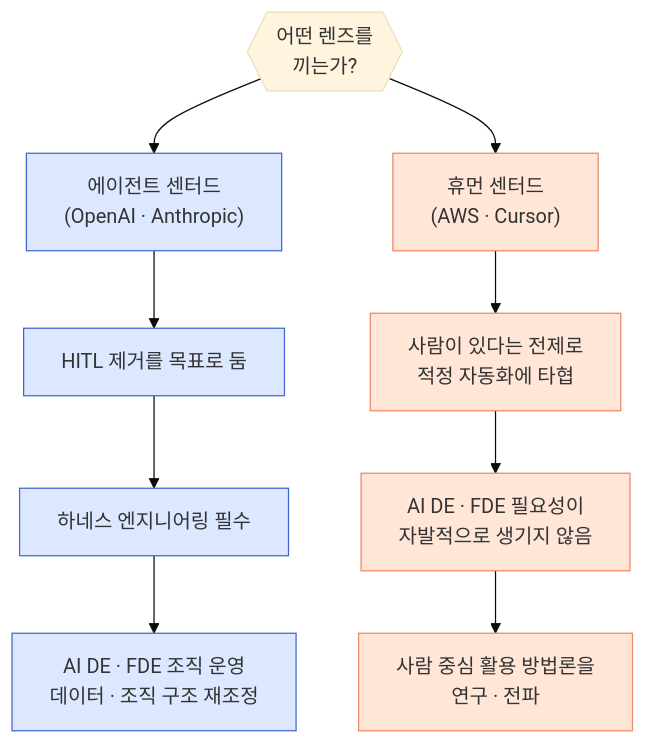
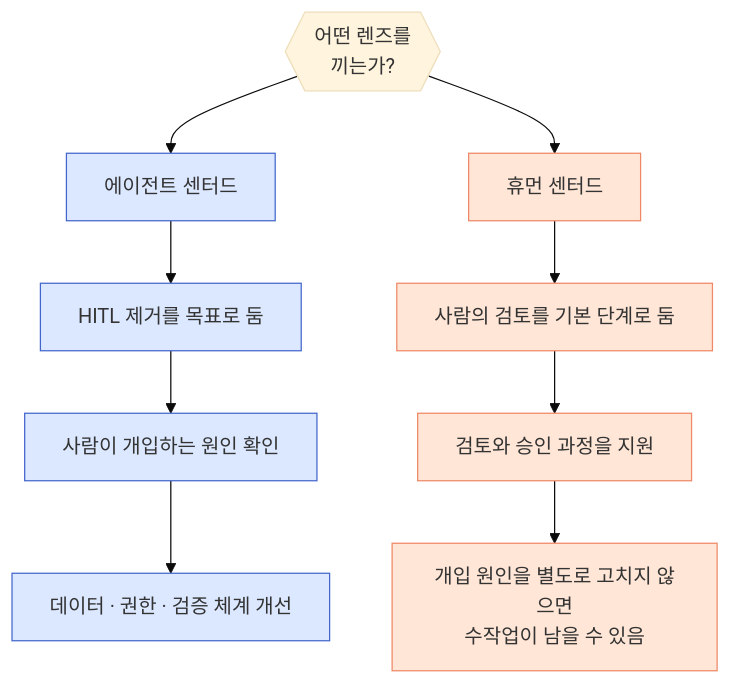
The third of 3 diagrams in _posts/2026-06-12-lens-for-agentic-engineering.md (haandol/haandol.github.com), drawn with Mermaid (base theme) before and after one commit. The commit also changed other lines of this file and 15 other files, not shown here.

````diff
--- a/_posts/2026-06-12-lens-for-agentic-engineering.md
+++ b/_posts/2026-06-12-lens-for-agentic-engineering.md
@@ -112,16 +114,16 @@
 ```mermaid
 flowchart TB
     L{{"어떤 렌즈를<br/>끼는가?"}}
-    L --> A["에이전트 센터드<br/>(OpenAI · Anthropic)"]
-    L --> H["휴먼 센터드<br/>(AWS · Cursor)"]
+    L --> A["에이전트 센터드"]
+    L --> H["휴먼 센터드"]
     A --> A1["HITL 제거를 목표로 둠"]
-    A1 --> A2["하네스 엔지니어링 필수"]
-    A2 --> A3["AI DE · FDE 조직 운영<br/>데이터 · 조직 구조 재조정"]
-    H --> H1["사람이 있다는 전제로<br/>적정 자동화에 타협"]
-    H1 --> H2["AI DE · FDE 필요성이<br/>자발적으로 생기지 않음"]
-    H2 --> H3["사람 중심 활용 방법론을<br/>연구 · 전파"]
+    A1 --> A2["사람이 개입하는 원인 확인"]
+    A2 --> A3["데이터 · 권한 · 검증 체계 개선"]
+    H --> H1["사람의 검토를 기본 단계로 둠"]
+    H1 --> H2["검토와 승인 과정을 지원"]
+    H2 --> H3["개입 원인을 별도로 고치지 않으면<br/>수작업이 남을 수 있음"]
     classDef agent fill:#dce8ff,stroke:#46c;
     classDef human fill:#ffe6d6,stroke:#e86;
     class A,A1,A2,A3 agent;
     class H,H1,H2,H3 human;
 ```
````
